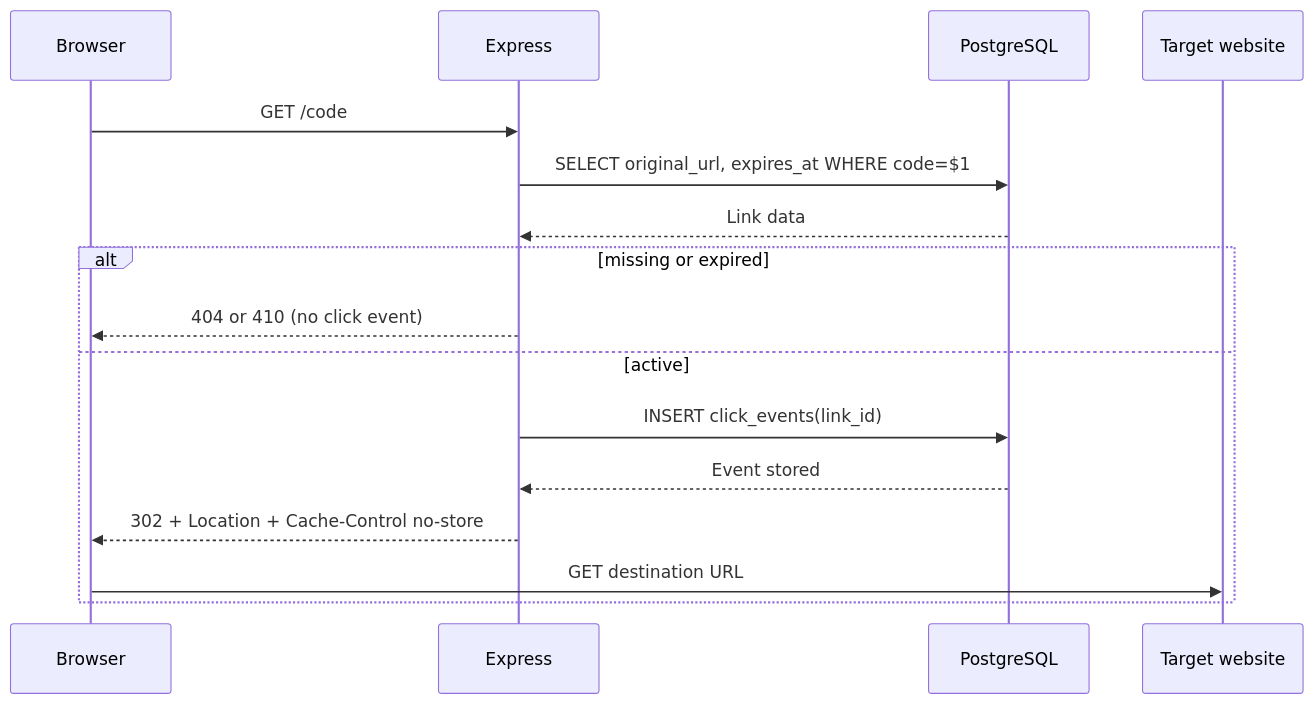
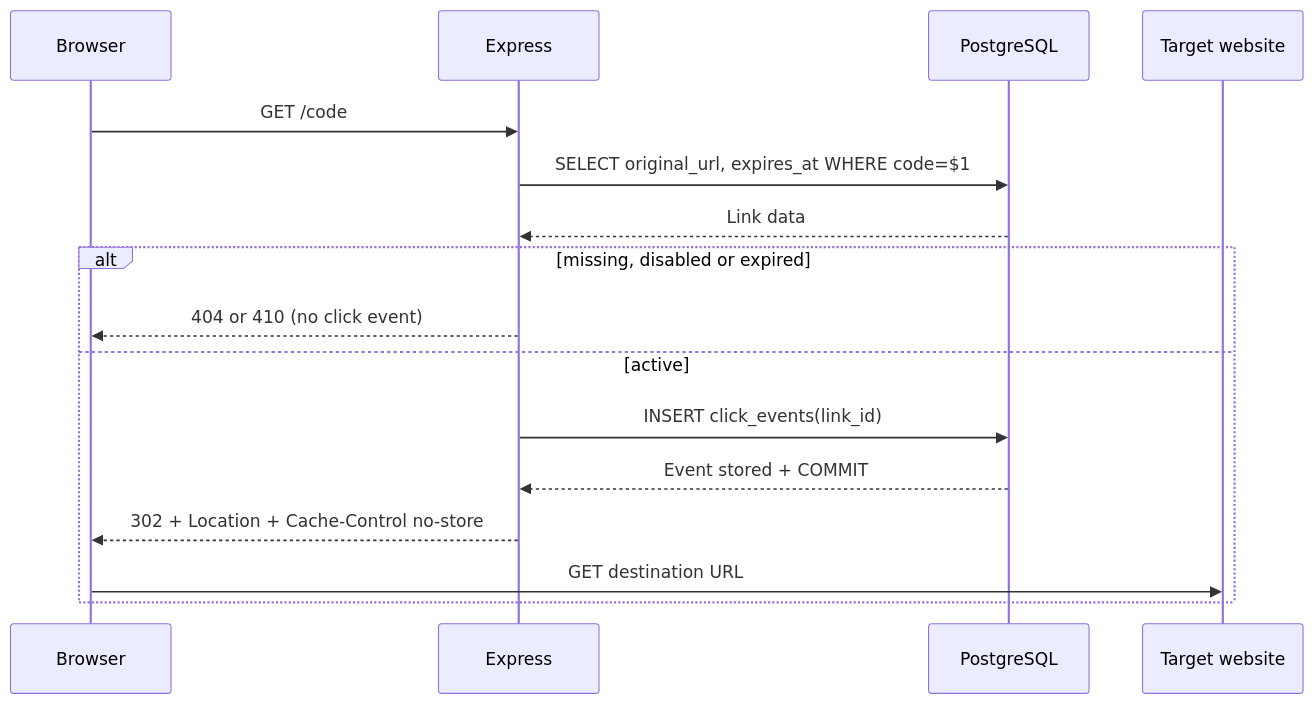
The sixth of 6 diagrams in docs/DIAGRAMS.md (nicky-wrc/short-url-system), drawn with Mermaid before and after one commit. The commit also changed other lines of this file and 18 other files, not shown here.

````diff
--- a/docs/DIAGRAMS.md
+++ b/docs/DIAGRAMS.md
@@ -168,18 +178,18 @@
 ```mermaid
 sequenceDiagram
     participant B as Browser
     participant A as Express
     participant D as PostgreSQL
     participant T as Target website
     B->>A: GET /code
     A->>D: SELECT original_url, expires_at WHERE code=$1
     D-->>A: Link data
-    alt missing or expired
+    alt missing, disabled or expired
       A-->>B: 404 or 410 (no click event)
     else active
       A->>D: INSERT click_events(link_id)
-      D-->>A: Event stored
+      D-->>A: Event stored + COMMIT
       A-->>B: 302 + Location + Cache-Control no-store
       B->>T: GET destination URL
     end
 ```
````
